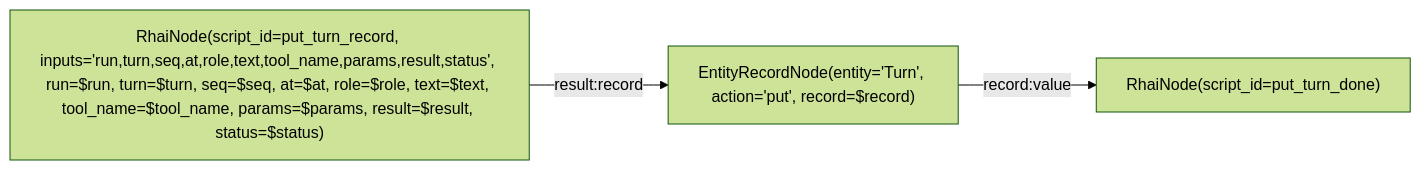
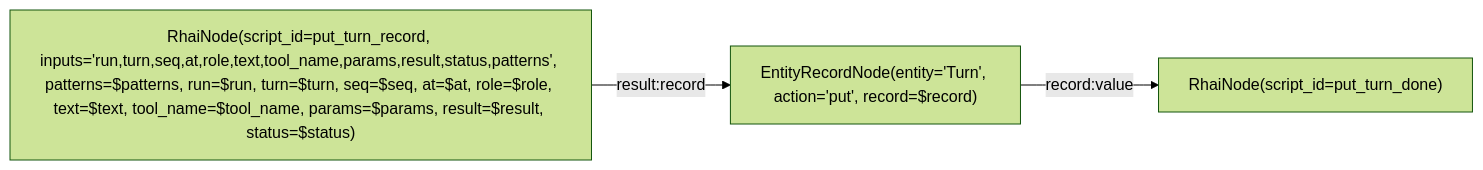
One commit to L-Defraiteur/rag3db changed the diagram in extension/rag3weaver/templates/backends/memory/graphs/put_turn.mmd. Above: the diagram before and after it, drawn with Mermaid (forest theme). The commit also changed 3 other files, not shown here.

Commit message:
feat(rag3weaver,memoire): B6 — les motifs de secrets sont déclarés par le gabarit (paramètre patterns de put_turn : prefix, bearer, pem), plus une constante Rust ; mask_secrets(texte, motifs) ne garde que le parcours générique et nomme chaque masque

```diff
--- a/extension/rag3weaver/templates/backends/memory/graphs/put_turn.mmd
+++ b/extension/rag3weaver/templates/backends/memory/graphs/put_turn.mmd
@@ -1,21 +1,22 @@
 %% tool: put_turn
 %% description: Stores one message of a run as a Turn row (the L0 of the archiviste, 18 November 2026): one row per (run, turn, seq), append-only — written again identical, it stays one row and says written false; different, it is refused. Secrets are masked in the text, the params and the result before anything is stored; a tool call's params are bounded at 4000 characters and its result at 8000, the original size said. Returns {written, masked, cut}.
 %% param: run string! -- The run: « <chat>:<backend_id> » for a chat, « <task>:<parent> » for a task.
 %% param: turn int! -- The turn number, from 1.
 %% param: seq int! -- The message number in the turn; 0 is the user message.
 %% param: at string! -- When it was said, ISO 8601.
 %% param: role string! -- user, assistant or tool.
 %% param: text string = "" -- The message.
 %% param: tool_name string = "" -- role tool: the tool called.
 %% param: params string = "" -- role tool: its arguments, as sent.
 %% param: result string = "" -- role tool: its result, as received.
 %% param: status string = "ok" -- ok, error, refused or interrupted.
+%% param: patterns json = [{"name": "anthropic key", "kind": "prefix", "prefix": "sk-ant-", "min_body": 20}, {"name": "openai project key", "kind": "prefix", "prefix": "sk-proj-", "min_body": 20}, {"name": "openai key", "kind": "prefix", "prefix": "sk-", "min_body": 20}, {"name": "github token", "kind": "prefix", "prefix": "github_pat_", "min_body": 30}, {"name": "github token", "kind": "prefix", "prefix": "ghp_", "min_body": 30}, {"name": "github token", "kind": "prefix", "prefix": "gho_", "min_body": 30}, {"name": "github token", "kind": "prefix", "prefix": "ghu_", "min_body": 30}, {"name": "github token", "kind": "prefix", "prefix": "ghs_", "min_body": 30}, {"name": "github token", "kind": "prefix", "prefix": "ghr_", "min_body": 30}, {"name": "gitlab token", "kind": "prefix", "prefix": "glpat-", "min_body": 20}, {"name": "slack token", "kind": "prefix", "prefix": "xoxb-", "min_body": 20}, {"name": "slack token", "kind": "prefix", "prefix": "xoxp-", "min_body": 20}, {"name": "slack token", "kind": "prefix", "prefix": "xoxa-", "min_body": 20}, {"name": "slack token", "kind": "prefix", "prefix": "xapp-", "min_body": 20}, {"name": "hugging face token", "kind": "prefix", "prefix": "hf_", "min_body": 30}, {"name": "google api key", "kind": "prefix", "prefix": "AIza", "min_body": 30}, {"name": "aws key", "kind": "prefix", "prefix": "AKIA", "min_body": 16}, {"name": "aws key", "kind": "prefix", "prefix": "ASIA", "min_body": 16}, {"name": "google oauth token", "kind": "prefix", "prefix": "ya29.", "min_body": 30}, {"name": "bearer token", "kind": "bearer", "min_body": 16}, {"name": "private key", "kind": "pem"}] -- The secret patterns masked before anything is stored: {name, kind: prefix, prefix, min_body} (a prefix at the start of a word, then a body of at least min_body characters), {name, kind: bearer, min_body}, {name, kind: pem}. Each mask says its name; the first declared pattern that matches wins (a longer prefix before a shorter one).
 %% param: record json = {} -- Reserved: the row is composed from the other parameters.
 %% result: done.result
 
 graph LR
-    compose["RhaiNode(script_id=put_turn_record, inputs='run,turn,seq,at,role,text,tool_name,params,result,status', run=$run, turn=$turn, seq=$seq, at=$at, role=$role, text=$text, tool_name=$tool_name, params=$params, result=$result, status=$status)"]
+    compose["RhaiNode(script_id=put_turn_record, inputs='run,turn,seq,at,role,text,tool_name,params,result,status,patterns', patterns=$patterns, run=$run, turn=$turn, seq=$seq, at=$at, role=$role, text=$text, tool_name=$tool_name, params=$params, result=$result, status=$status)"]
     write["EntityRecordNode(entity='Turn', action='put', record=$record)"]
     done["RhaiNode(script_id=put_turn_done)"]
     compose -->|result:record| write
     write -->|record:value| done
```
